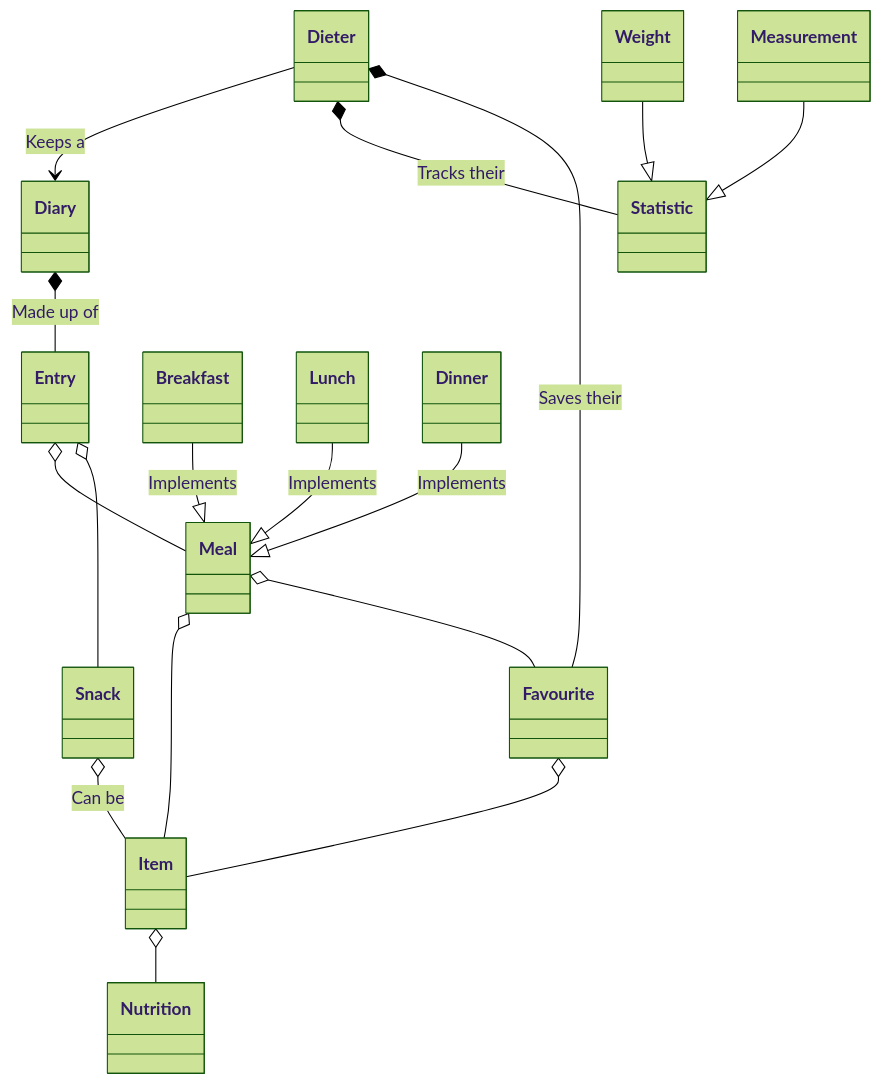
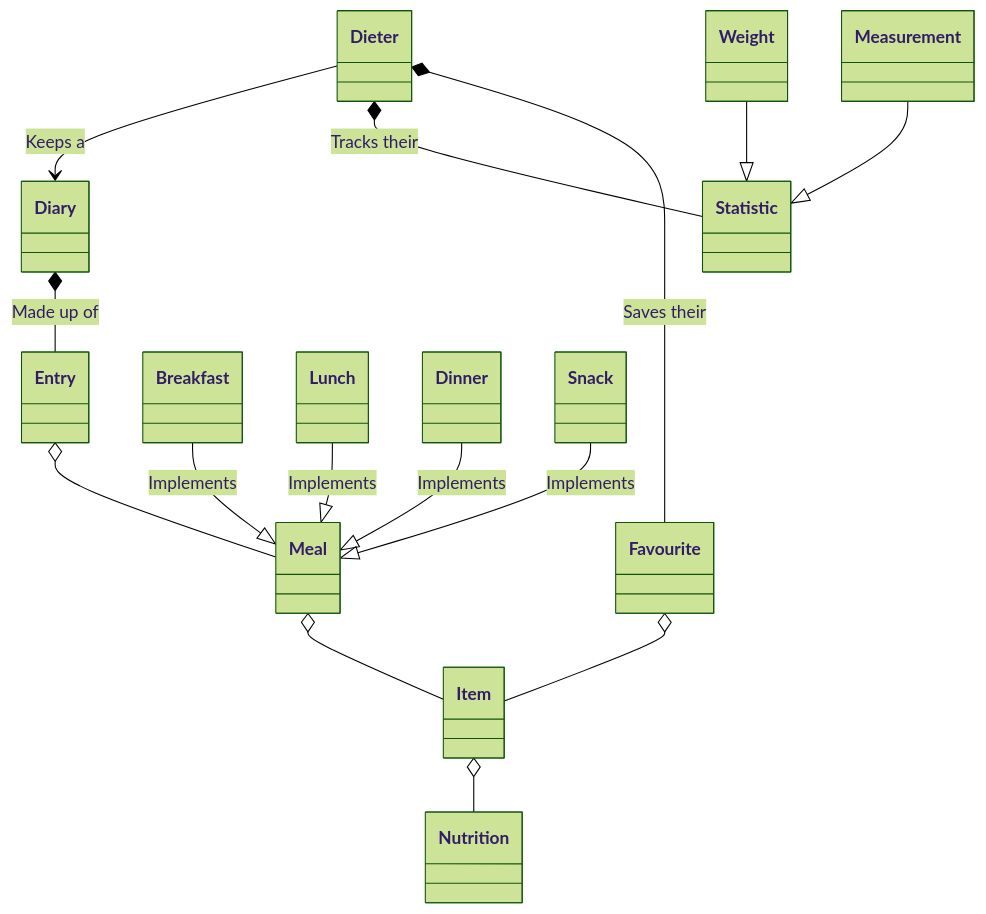
One commit to idsweb/ids-mermaiddemo changed the second of 2 diagrams in README.md. Above: the diagram before and after it, drawn with Mermaid (forest theme).

Commit message:
Updated relationship

````diff
--- a/README.md
+++ b/README.md
@@ -37,27 +37,24 @@
  ```mermaid
 classDiagram-v2
     Dieter --> Diary : Keeps a
     Dieter *-- Statistic : Tracks their
     Dieter *-- Favourite : Saves their
 
     Diary *-- Entry : Made up of
 
     Meal o-- Item
-    Meal o-- Favourite
 
     Breakfast --|> Meal : Implements
     Lunch --|> Meal : Implements
     Dinner --|> Meal : Implements
+    Snack --|> Meal : Implements
 
     Favourite o-- Item
 
     Item o-- Nutrition
-
-    Snack o-- Item : Can be
     
     Weight --|> Statistic
     Measurement --|> Statistic
 
     Entry o-- Meal
-    Entry o-- Snack
  ```
````
